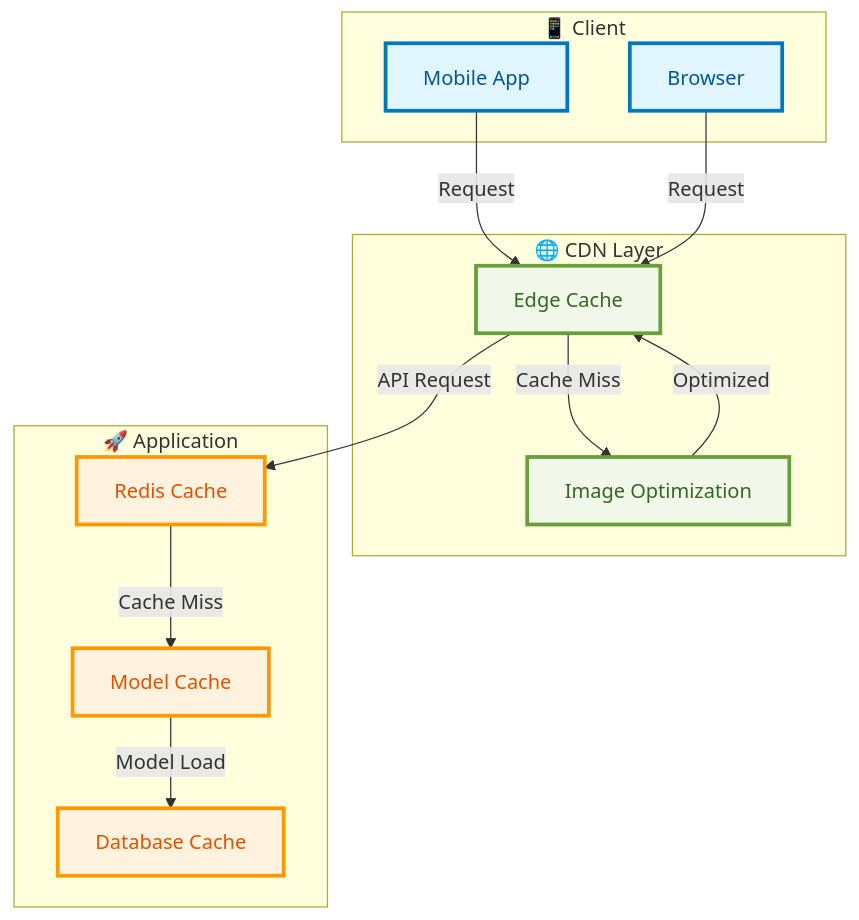
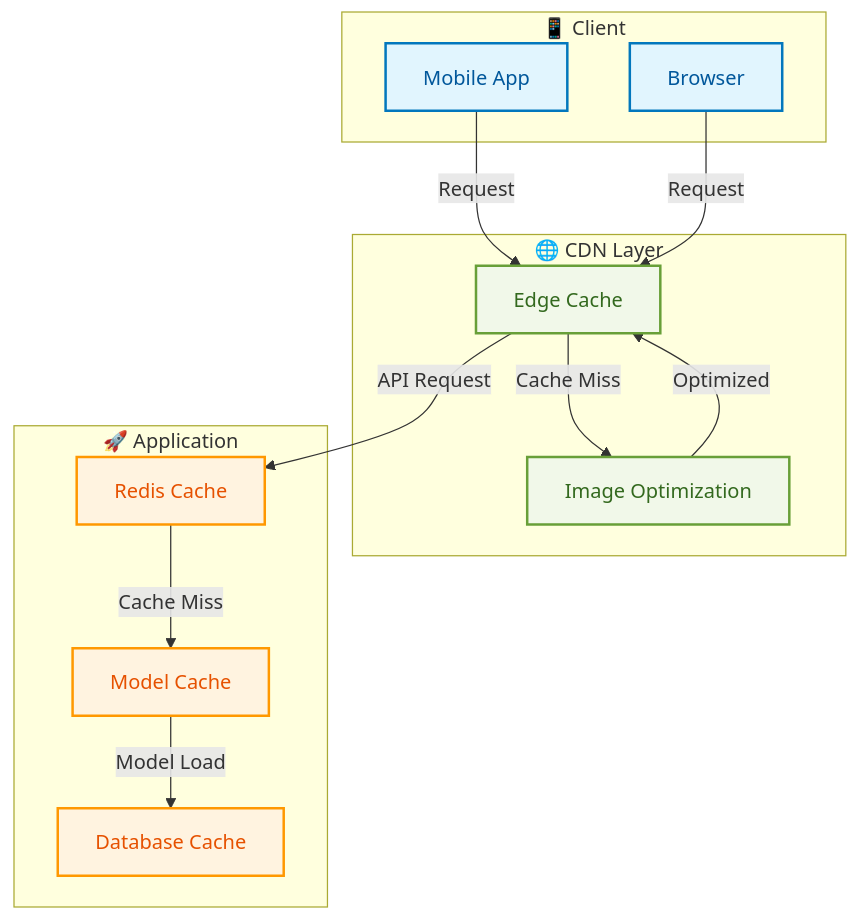
Before and after one commit to VIKAS9793/Krishisahayak-2.0: diagram 13 of 14 in docs/ARCHITECTURE.md, drawn with Mermaid. The commit also changed other lines of this file and 7 other files, not shown here.

````diff
--- a/docs/ARCHITECTURE.md
+++ b/docs/ARCHITECTURE.md
@@ -629,36 +619,36 @@
 ```mermaid
 graph TB
     subgraph Client [" 📱 Client "]
         A[Mobile App]
         B[Browser]
     end
     
     subgraph CDN [" 🌐 CDN Layer "]
         C[Edge Cache]
         D[Image Optimization]
     end
     
     subgraph App [" 🚀 Application "]
         E[Redis Cache]
         F[Model Cache]
         G[Database Cache]
     end
     
     A -->|Request| C
     B -->|Request| C
     
     C -->|Cache Miss| D
     D -->|Optimized| C
     
     C -->|API Request| E
     E -->|Cache Miss| F
     F -->|Model Load| G
     
-    classDef client fill:#e1f5fe,stroke:#0277bd,stroke-width:3px,color:#01579b
-    classDef cdn fill:#f1f8e9,stroke:#689f38,stroke-width:3px,color:#33691e
-    classDef cache fill:#fff3e0,stroke:#ff9800,stroke-width:3px,color:#e65100
+    classDef client fill:#e1f5fe,stroke:#0277bd,stroke-width:2px,color:#01579b
+    classDef cdn fill:#f1f8e9,stroke:#689f38,stroke-width:2px,color:#33691e
+    classDef cache fill:#fff3e0,stroke:#ff9800,stroke-width:2px,color:#e65100
     
     class A,B client
     class C,D cdn
     class E,F,G cache
 ```
````
